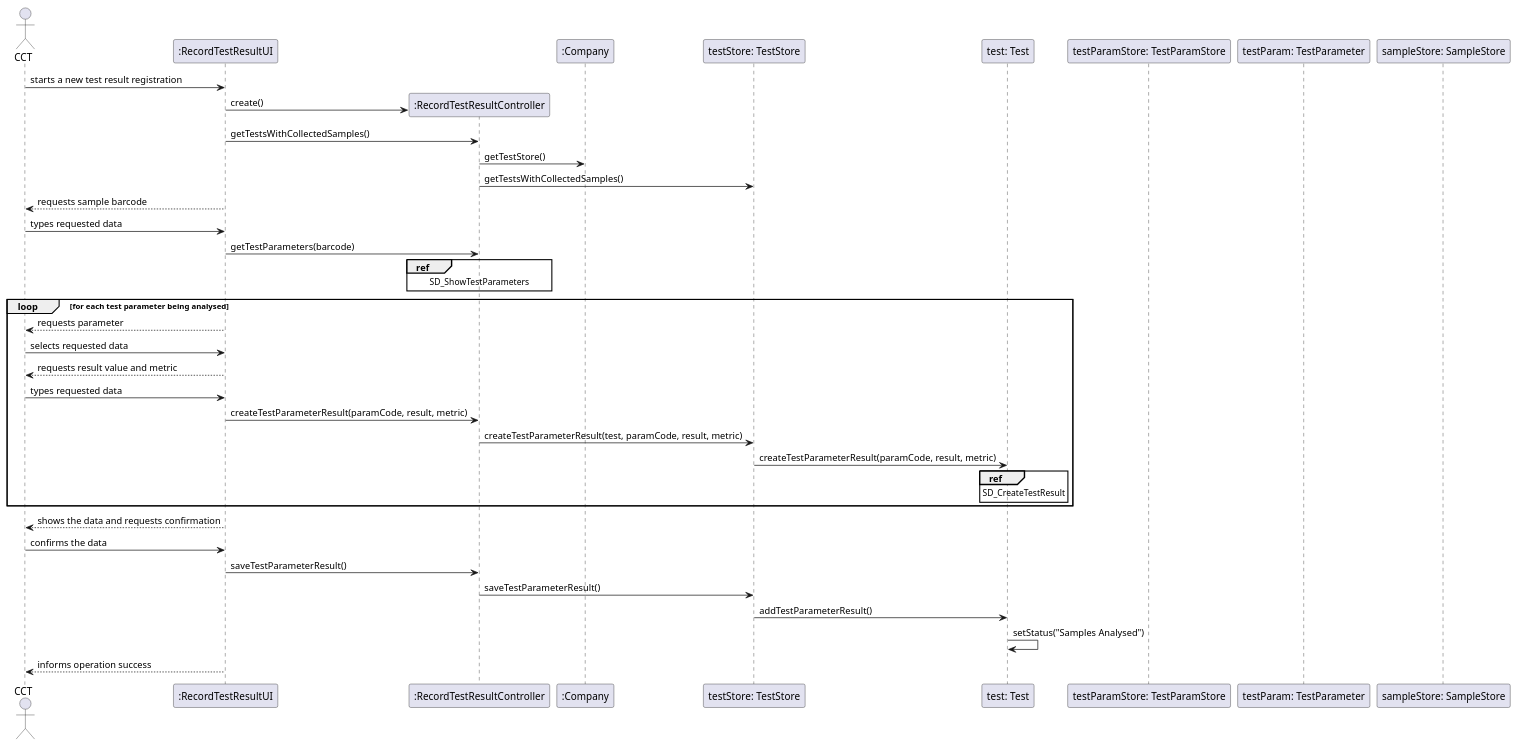
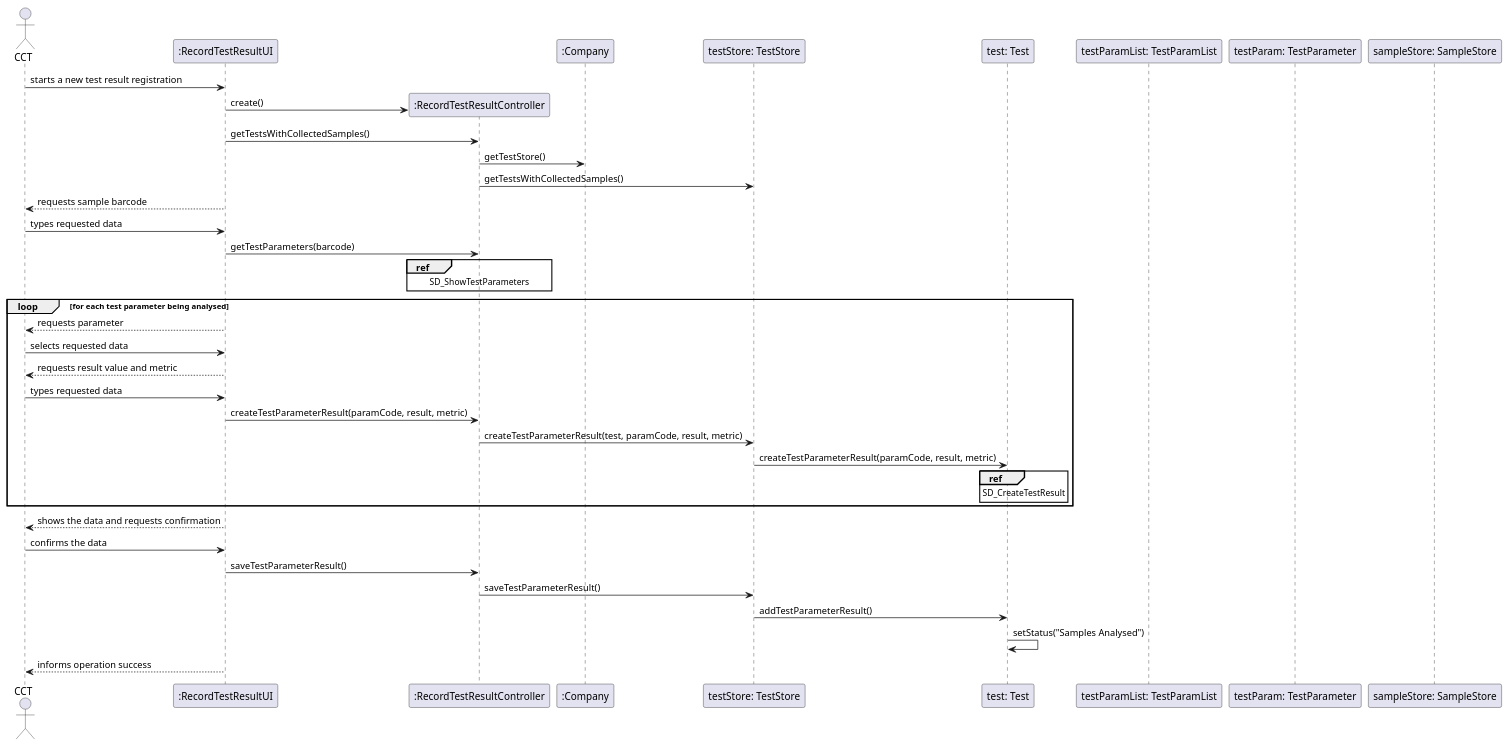
Before and after one commit to MadDinosaur/ISEP-LAPR2: the diagram in docs/SprintC/US12/US12_SD.puml, drawn with PlantUML. The commit also changed 6 other files, not shown here.

```diff
--- a/docs/SprintC/US12/US12_SD.puml
+++ b/docs/SprintC/US12/US12_SD.puml
@@ -1,42 +1,42 @@
 @startuml
 actor CCT as cct
 participant ":RecordTestResultUI" as ui
 participant ":RecordTestResultController" as controller
 participant ":Company" as company
 participant "testStore: TestStore" as ts
 participant "test: Test" as test
-participant "testParamStore: TestParamStore" as tpstore
+participant "testParamList: TestParamList" as tpstore
 participant "testParam: TestParameter" as testParam
 participant "sampleStore: SampleStore" as ss
 
 
 cct -> ui : starts a new test result registration
 create controller
 ui -> controller : create()
 ui -> controller : getTestsWithCollectedSamples()
 controller -> company : getTestStore()
 controller -> ts : getTestsWithCollectedSamples()
 ui --> cct : requests sample barcode
 cct -> ui : types requested data
 ui -> controller : getTestParameters(barcode)
 ref over controller : SD_ShowTestParameters
 loop for each test parameter being analysed
 ui --> cct : requests parameter
 cct -> ui : selects requested data
 ui --> cct : requests result value and metric
 cct -> ui : types requested data
 ui -> controller : createTestParameterResult(paramCode, result, metric)
 controller -> ts : createTestParameterResult(test, paramCode, result, metric)
 ts -> test : createTestParameterResult(paramCode, result, metric)
 ref over test : SD_CreateTestResult
 end loop
 ui --> cct : shows the data and requests confirmation
 cct -> ui : confirms the data
 ui -> controller : saveTestParameterResult()
 controller -> ts : saveTestParameterResult()
 ts -> test : addTestParameterResult()
 test -> test : setStatus("Samples Analysed")
 ui --> cct : informs operation success
 
 
 @enduml
```
